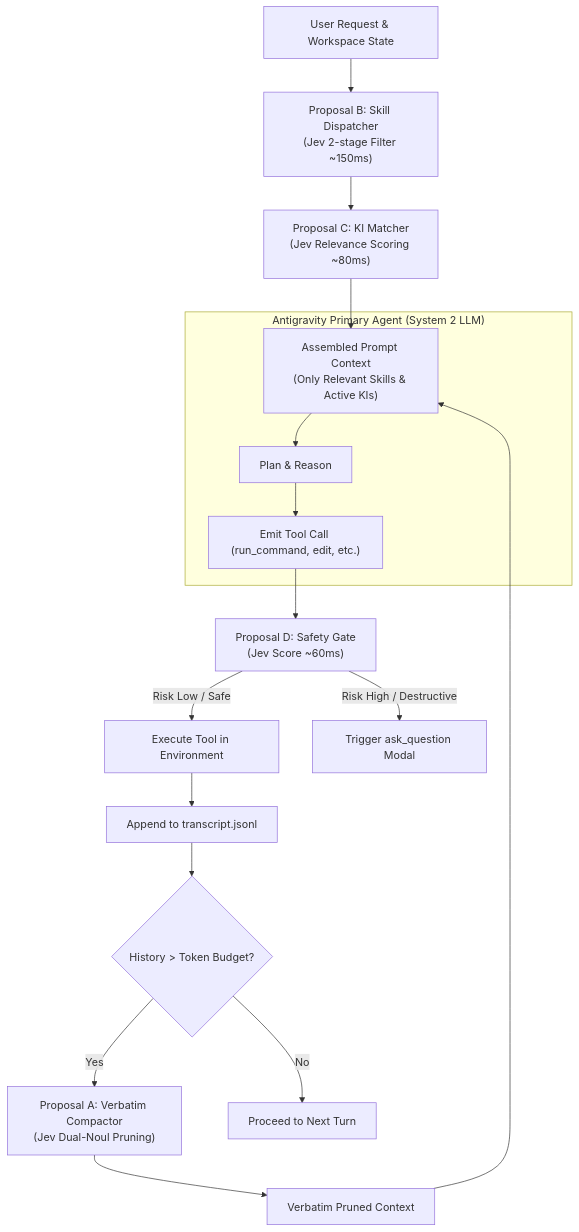
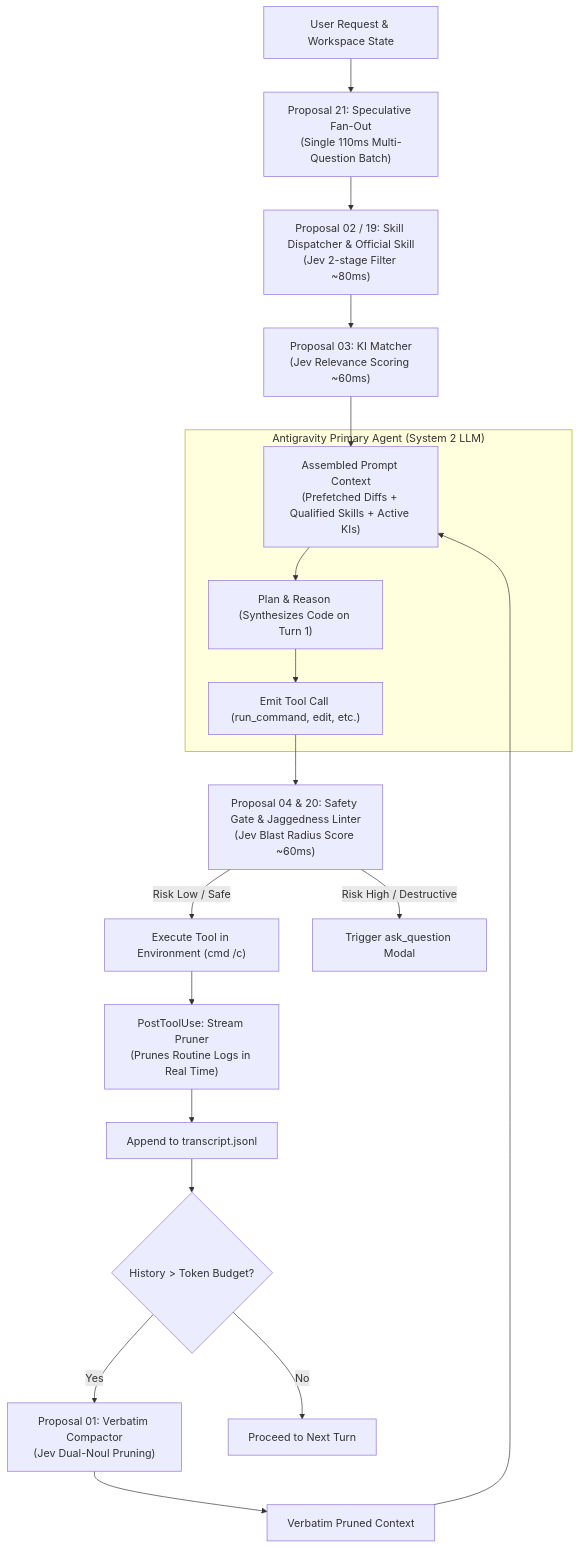
Before and after one commit to Ajasra/jev-hooks: the diagram in proposals/README.md, drawn with Mermaid. The commit also changed other lines of this file and 14 other files, not shown here.

Commit message:
feat: add OpenRouter support (typesafe/jev-latest), env loader, official skill, and proposals 19-22

````diff
--- a/proposals/README.md
+++ b/proposals/README.md
@@ -64,24 +79,26 @@
 ```mermaid
 flowchart TD
-    UserTurn["User Request & Workspace State"] --> SkillGate["Proposal B: Skill Dispatcher<br/>(Jev 2-stage Filter ~150ms)"]
-    SkillGate --> KIGate["Proposal C: KI Matcher<br/>(Jev Relevance Scoring ~80ms)"]
+    UserTurn["User Request & Workspace State"] --> SpeculativeGate["Proposal 21: Speculative Fan-Out<br/>(Single 110ms Multi-Question Batch)"]
+    SpeculativeGate --> SkillGate["Proposal 02 / 19: Skill Dispatcher & Official Skill<br/>(Jev 2-stage Filter ~80ms)"]
+    SkillGate --> KIGate["Proposal 03: KI Matcher<br/>(Jev Relevance Scoring ~60ms)"]
     
-    KIGate --> AssembledContext["Assembled Prompt Context<br/>(Only Relevant Skills & Active KIs)"]
+    KIGate --> AssembledContext["Assembled Prompt Context<br/>(Prefetched Diffs + Qualified Skills + Active KIs)"]
     
     subgraph AntigravityCore ["Antigravity Primary Agent (System 2 LLM)"]
-        AssembledContext --> AgentThink["Plan & Reason"]
+        AssembledContext --> AgentThink["Plan & Reason (Synthesizes Code on Turn 1)"]
         AgentThink --> ToolCallRequest["Emit Tool Call (run_command, edit, etc.)"]
     end
     
-    ToolCallRequest --> SafetyGate["Proposal D: Safety Gate<br/>(Jev Score ~60ms)"]
-    SafetyGate -->|Risk Low / Safe| ExecuteTool["Execute Tool in Environment"]
+    ToolCallRequest --> SafetyGate["Proposal 04 & 20: Safety Gate & Jaggedness Linter<br/>(Jev Blast Radius Score ~60ms)"]
+    SafetyGate -->|Risk Low / Safe| ExecuteTool["Execute Tool in Environment (cmd /c)"]
     SafetyGate -->|Risk High / Destructive| AskUser["Trigger ask_question Modal"]
     
-    ExecuteTool --> TranscriptLogger["Append to transcript.jsonl"]
+    ExecuteTool --> StreamPruner["PostToolUse: Stream Pruner<br/>(Prunes Routine Logs in Real Time)"]
+    StreamPruner --> TranscriptLogger["Append to transcript.jsonl"]
     TranscriptLogger --> CompactionTrigger{"History > Token Budget?"}
     
-    CompactionTrigger -->|Yes| Compactor["Proposal A: Verbatim Compactor<br/>(Jev Dual-Noul Pruning)"]
+    CompactionTrigger -->|Yes| Compactor["Proposal 01: Verbatim Compactor<br/>(Jev Dual-Noul Pruning)"]
     Compactor --> CleanHistory["Verbatim Pruned Context"]
     CleanHistory --> AssembledContext
     CompactionTrigger -->|No| NextTurn["Proceed to Next Turn"]
 ```
````
